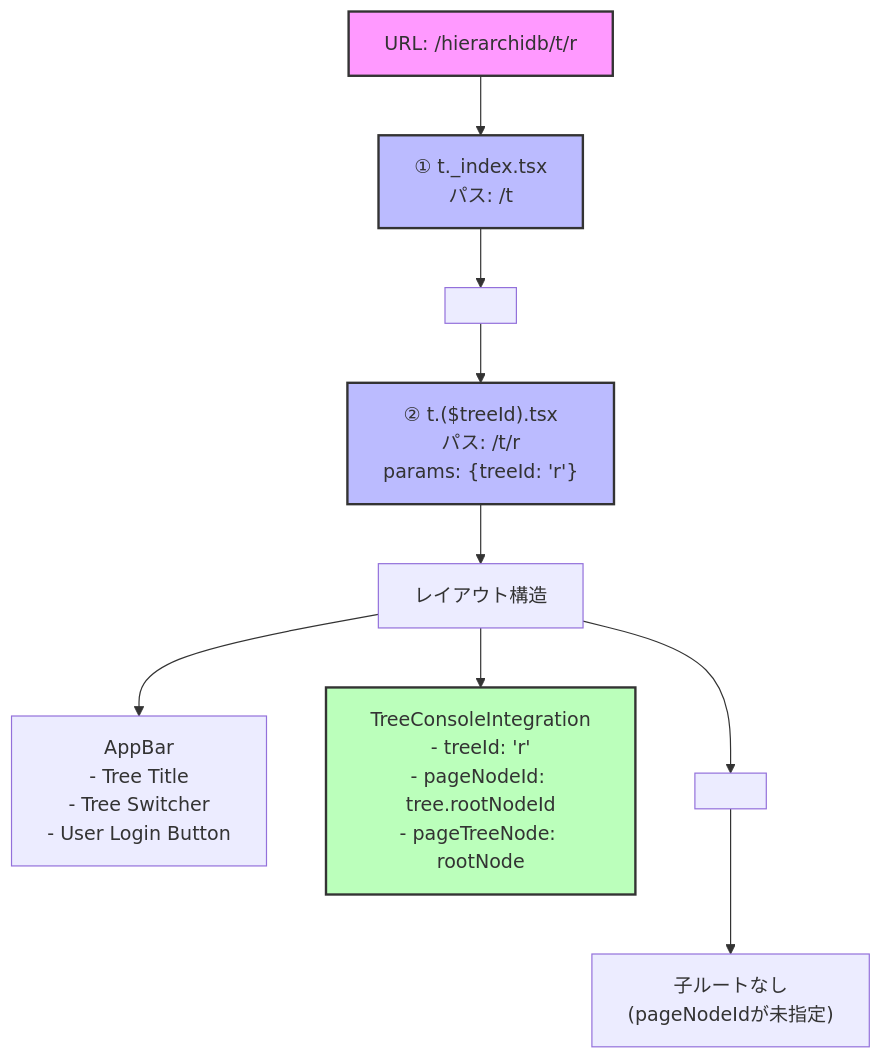
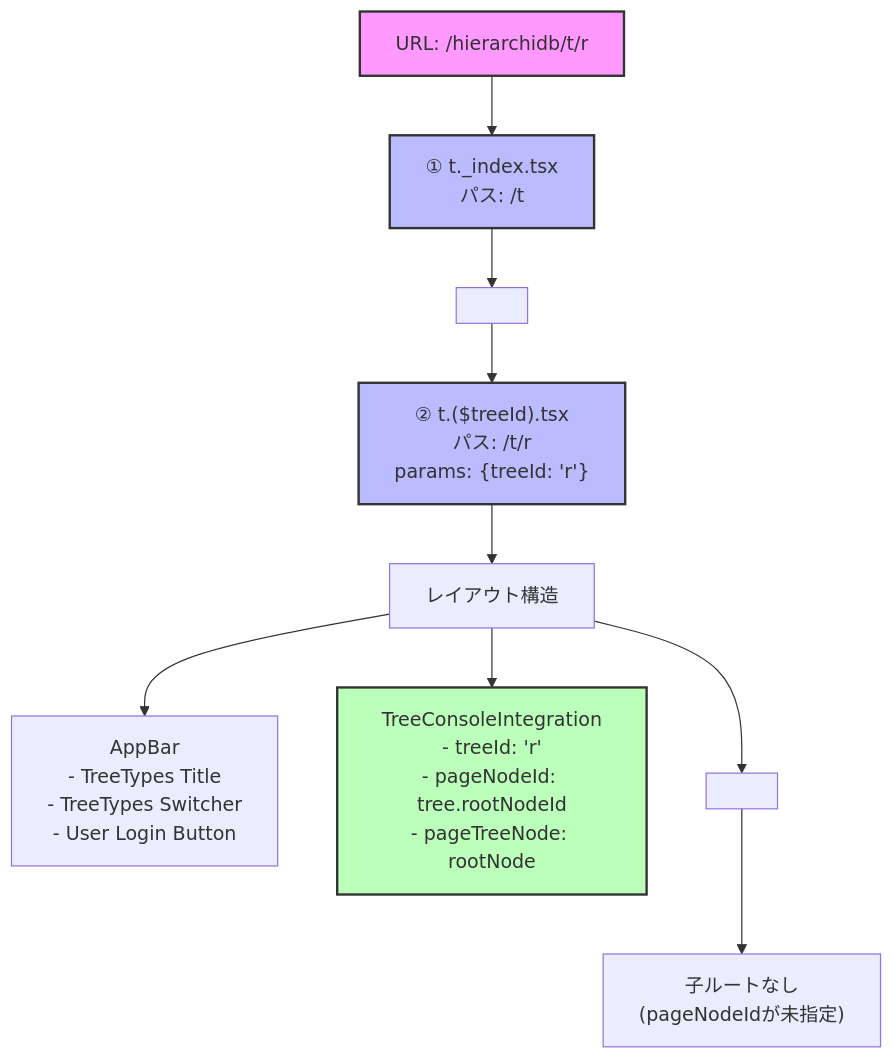
The first of 2 diagrams in docs/routing-visualization.md (kubohiroya/hierarchidb), drawn with Mermaid before and after one commit. The commit also changed other lines of this file and 452 other files, not shown here.

````diff
--- a/docs/routing-visualization.md
+++ b/docs/routing-visualization.md
@@ -16,20 +16,20 @@
 ```mermaid
 graph TD
     Start["URL: /hierarchidb/t/r"] --> Match1["① t._index.tsx<br/>パス: /t"]
     Match1 --> Outlet1["<Outlet />"]
     
     Outlet1 --> Match2["② t.($treeId).tsx<br/>パス: /t/r<br/>params: {treeId: 'r'}"]
     
     Match2 --> Layout["レイアウト構造"]
     
-    Layout --> AppBar["AppBar<br/>- Tree Title<br/>- Tree Switcher<br/>- User Login Button"]
+    Layout --> AppBar["AppBar<br/>- TreeTypes Title<br/>- TreeTypes Switcher<br/>- User Login Button"]
     Layout --> TreeConsole["TreeConsoleIntegration<br/>- treeId: 'r'<br/>- pageNodeId: tree.rootNodeId<br/>- pageTreeNode: rootNode"]
     Layout --> Outlet2["<Outlet />"]
     
     Outlet2 --> NoMatch["子ルートなし<br/>(pageNodeIdが未指定)"]
     
     style Start fill:#f9f,stroke:#333,stroke-width:2px
     style Match1 fill:#bbf,stroke:#333,stroke-width:2px
     style Match2 fill:#bbf,stroke:#333,stroke-width:2px
     style TreeConsole fill:#bfb,stroke:#333,stroke-width:2px
 ```
````
